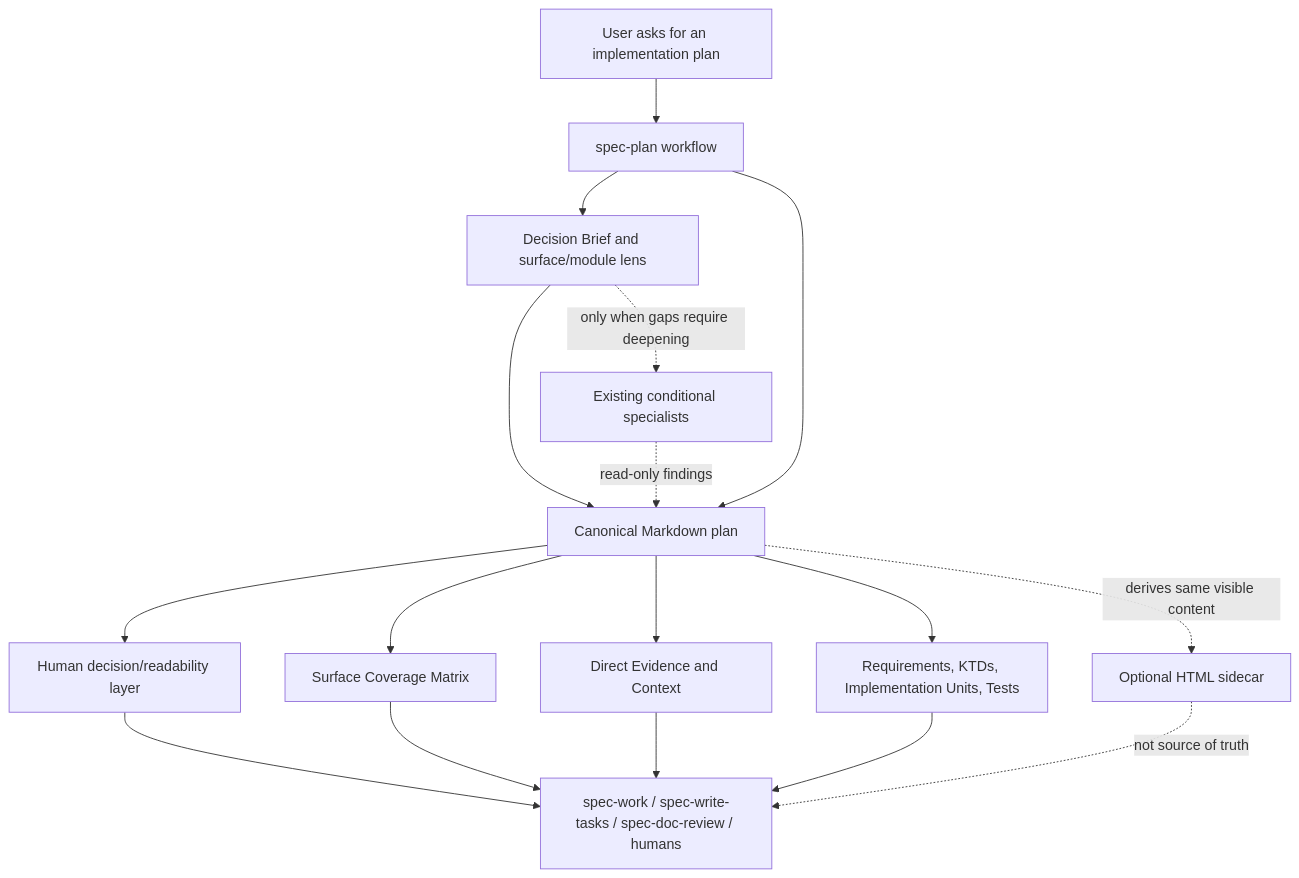
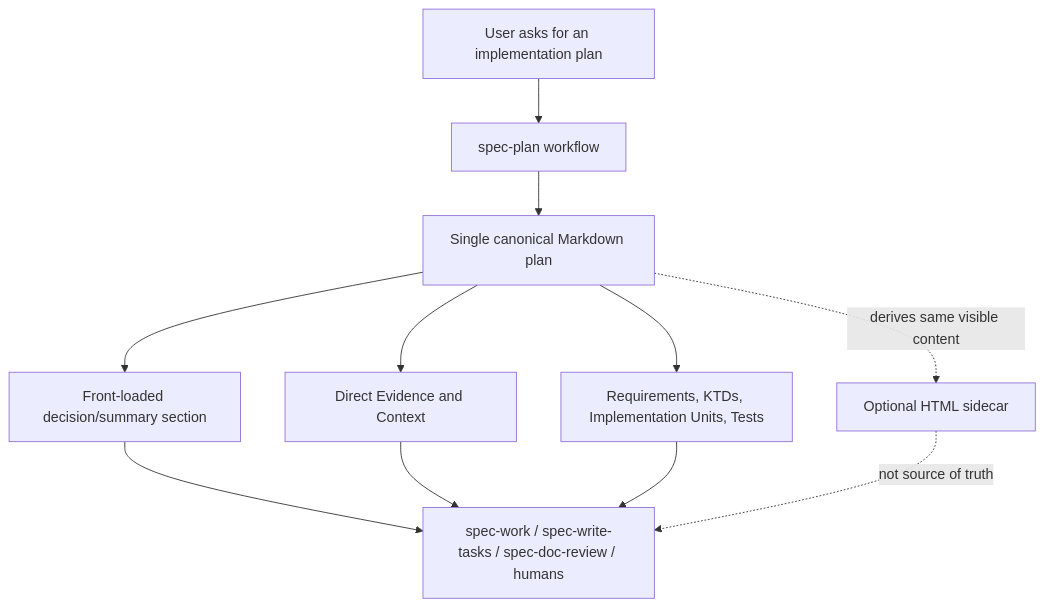
The diagram in docs/plans/2026-06-11-001-refactor-spec-plan-decision-surface-coverage-plan.md (ajiao7240/spec-first), drawn with Mermaid before and after one commit. The commit also changed other lines of this file and 1 other file, not shown here.

First line of the commit message:
docs(plans): split spec-plan plan into Track A decision brief + deferred Track B

````diff
--- a/docs/plans/2026-06-11-001-refactor-spec-plan-decision-surface-coverage-plan.md
+++ b/docs/plans/2026-06-11-001-refactor-spec-plan-decision-surface-coverage-plan.md
@@ -278,31 +138,22 @@
 ```mermaid
 flowchart TB
   Request[User asks for an implementation plan]
   PlanSkill[spec-plan workflow]
-  DecisionLens[Decision Brief and surface/module lens]
-  Markdown[Canonical Markdown plan]
-  Brief[Human decision/readability layer]
-  Coverage[Surface Coverage Matrix]
+  Markdown[Single canonical Markdown plan]
+  Brief[Front-loaded decision/summary section]
   Evidence[Direct Evidence and Context]
   Units[Requirements, KTDs, Implementation Units, Tests]
-  ExistingAgents[Existing conditional specialists]
   Consumers[spec-work / spec-write-tasks / spec-doc-review / humans]
   OptionalHtml[Optional HTML sidecar]
 
   Request --> PlanSkill
-  PlanSkill --> DecisionLens
-  DecisionLens --> Markdown
   PlanSkill --> Markdown
   Markdown --> Brief
-  Markdown --> Coverage
   Markdown --> Evidence
   Markdown --> Units
-  DecisionLens -.only when gaps require deepening.-> ExistingAgents
-  ExistingAgents -.read-only findings.-> Markdown
   Brief --> Consumers
-  Coverage --> Consumers
   Evidence --> Consumers
   Units --> Consumers
   Markdown -.derives same visible content.-> OptionalHtml
   OptionalHtml -.not source of truth.-> Consumers
 ```
````
